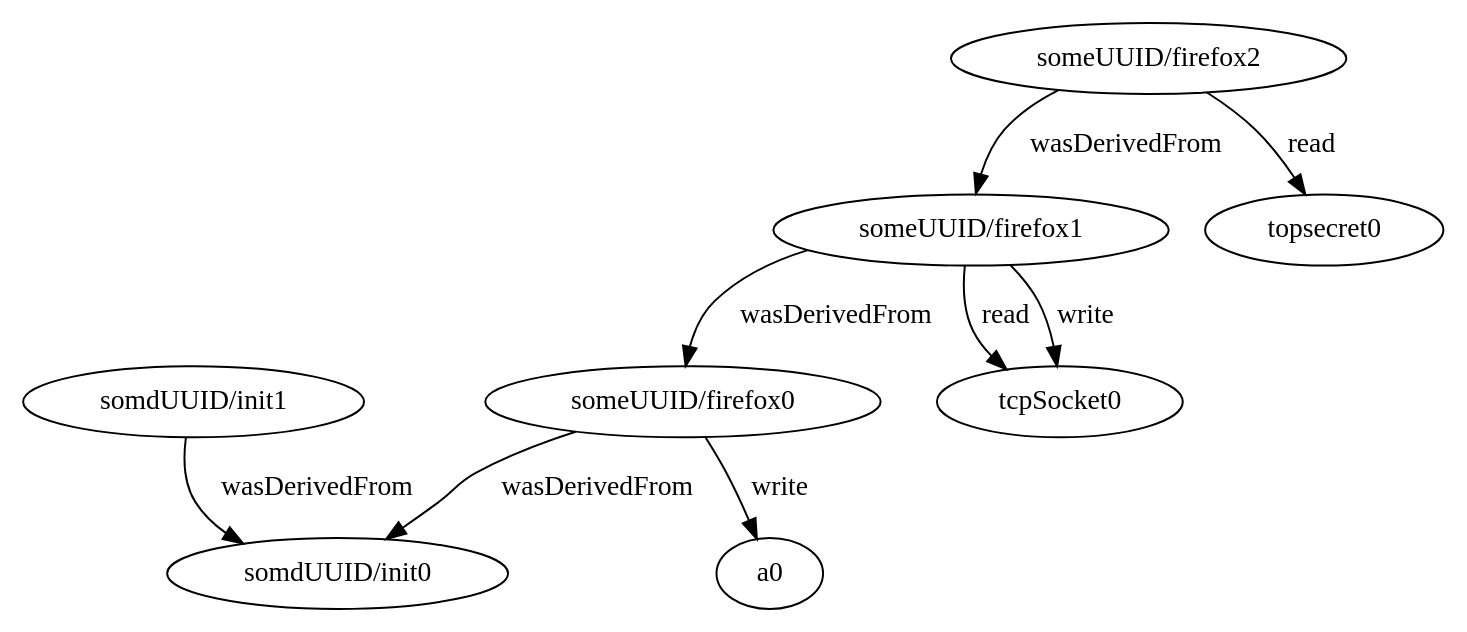
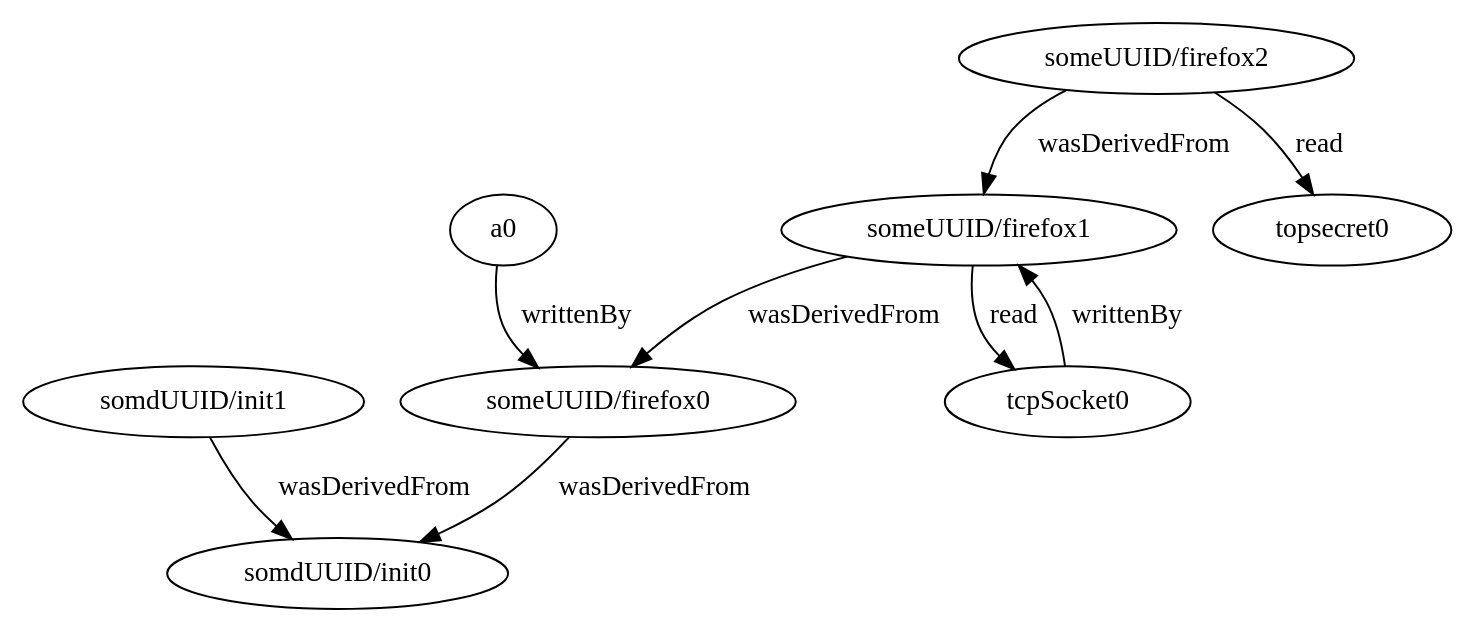
Before and after one commit to GaloisInc/adapt: the diagram in future/example.dot, drawn with Graphviz. The commit also changed 7 other files, not shown here.

```diff
--- a/future/example.dot
+++ b/future/example.dot
@@ -1,19 +1,19 @@
 digraph G {
 n0[label="someUUID/firefox0"];
 n1[label="somdUUID/init0"];
 n0 -> n1[label="wasDerivedFrom"];
 n2[label="somdUUID/init1"];
 n2 -> n1[label="wasDerivedFrom"];
 n3[label="a0"];
-n0 -> n3[label="write"];
+n3 -> n0[label="writtenBy"];
 n4[label="someUUID/firefox1"];
 n4 -> n0[label="wasDerivedFrom"];
 n5[label="tcpSocket0"];
 n4 -> n5[label="read"];
-n4 -> n5[label="write"];
+n5 -> n4[label="writtenBy"];
 n6[label="someUUID/firefox2"];
 n6 -> n4[label="wasDerivedFrom"];
 n7[label="topsecret0"];
 n6 -> n7[label="read"];
 
 }
```
